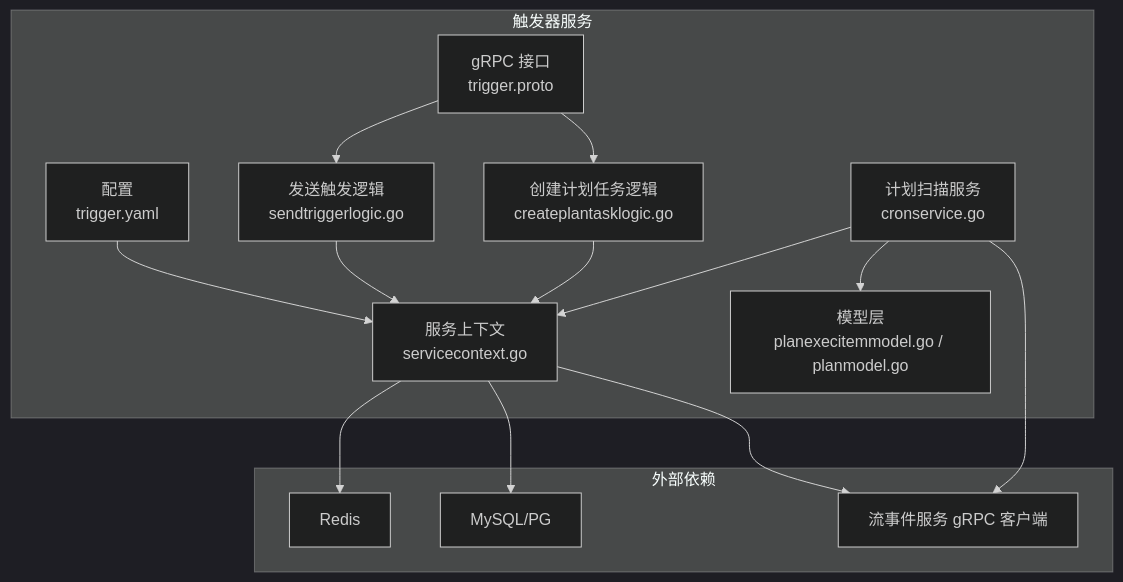
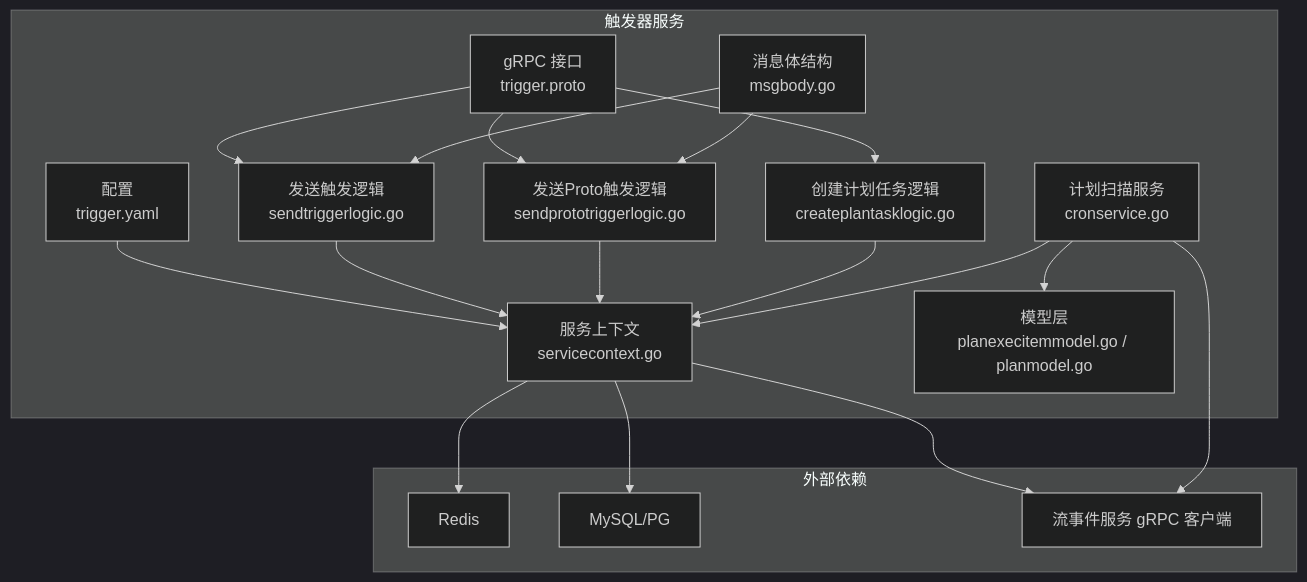
One commit to maomao94/zero-service changed the first of 7 diagrams in .qoder/repowiki/zh/content/核心服务详解/触发器服务/触发器服务.md. Above: the diagram before and after it, drawn with Mermaid (dark theme). The commit also changed other lines of this file and 19 other files, not shown here.

````diff
--- a/.qoder/repowiki/zh/content/核心服务详解/触发器服务/触发器服务.md
+++ b/.qoder/repowiki/zh/content/核心服务详解/触发器服务/触发器服务.md
@@ -50,28 +55,34 @@
 ```mermaid
 graph TB
 subgraph "触发器服务"
 RPC["gRPC 接口<br/>trigger.proto"]
 CFG["配置<br/>trigger.yaml"]
 SVC["服务上下文<br/>servicecontext.go"]
 LOGIC1["发送触发逻辑<br/>sendtriggerlogic.go"]
-LOGIC2["创建计划任务逻辑<br/>createplantasklogic.go"]
+LOGIC2["发送Proto触发逻辑<br/>sendprototriggerlogic.go"]
+LOGIC3["创建计划任务逻辑<br/>createplantasklogic.go"]
 CRON["计划扫描服务<br/>cronservice.go"]
+MSG["消息体结构<br/>msgbody.go"]
 MODEL["模型层<br/>planexecitemmodel.go / planmodel.go"]
 end
 subgraph "外部依赖"
 REDIS["Redis"]
 DB["MySQL/PG"]
 STREAM["流事件服务 gRPC 客户端"]
 end
 CFG --> SVC
 RPC --> LOGIC1
 RPC --> LOGIC2
+RPC --> LOGIC3
 LOGIC1 --> SVC
 LOGIC2 --> SVC
+LOGIC3 --> SVC
 SVC --> REDIS
 SVC --> DB
 SVC --> STREAM
 CRON --> SVC
 CRON --> STREAM
 CRON --> MODEL
+MSG --> LOGIC1
+MSG --> LOGIC2
 ```
````
